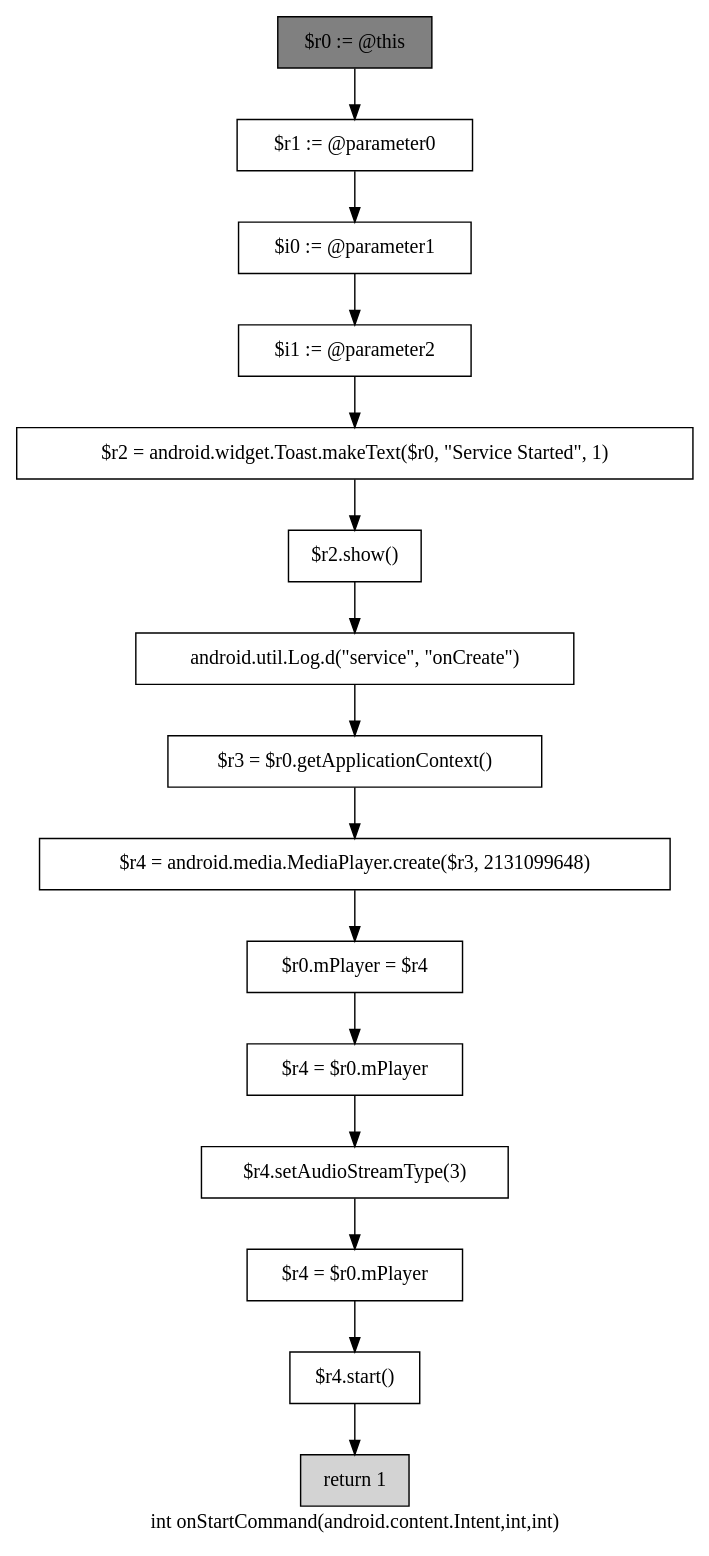
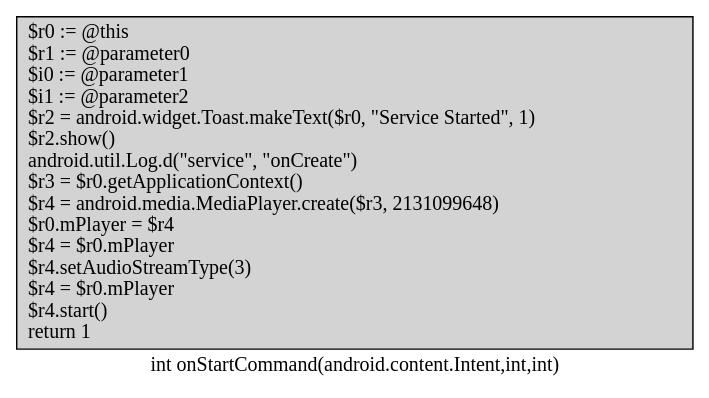
One commit to gsrishaila/summer changed the diagram in soot-infoflow-android-develop/onStartCommand.dot. Above: the diagram before and after it, drawn with Graphviz. The commit also changed 14 other files, not shown here.

```diff
--- a/soot-infoflow-android-develop/onStartCommand.dot
+++ b/soot-infoflow-android-develop/onStartCommand.dot
@@ -1,33 +1,5 @@
 digraph "int onStartCommand(android.content.Intent,int,int)" {
     label="int onStartCommand(android.content.Intent,int,int)";
     node [shape=box];
-    "0" [style=filled,fillcolor=gray,label="$r0 := @this",];
-    "1" [label="$r1 := @parameter0",];
-    "0"->"1";
-    "2" [label="$i0 := @parameter1",];
-    "1"->"2";
-    "3" [label="$i1 := @parameter2",];
-    "2"->"3";
-    "4" [label="$r2 = android.widget.Toast.makeText($r0, \"Service Started\", 1)",];
-    "3"->"4";
-    "5" [label="$r2.show()",];
-    "4"->"5";
-    "6" [label="android.util.Log.d(\"service\", \"onCreate\")",];
-    "5"->"6";
-    "7" [label="$r3 = $r0.getApplicationContext()",];
-    "6"->"7";
-    "8" [label="$r4 = android.media.MediaPlayer.create($r3, 2131099648)",];
-    "7"->"8";
-    "9" [label="$r0.mPlayer = $r4",];
-    "8"->"9";
-    "10" [label="$r4 = $r0.mPlayer",];
-    "9"->"10";
-    "11" [label="$r4.setAudioStreamType(3)",];
-    "10"->"11";
-    "12" [label="$r4 = $r0.mPlayer",];
-    "11"->"12";
-    "13" [label="$r4.start()",];
-    "12"->"13";
-    "14" [style=filled,fillcolor=lightgray,label="return 1",];
-    "13"->"14";
+    "0" [style=filled,fillcolor=gray,style=filled,fillcolor=lightgray,label="$r0 := @this\l$r1 := @parameter0\l$i0 := @parameter1\l$i1 := @parameter2\l$r2 = android.widget.Toast.makeText($r0, \"Service Started\", 1)\l$r2.show()\landroid.util.Log.d(\"service\", \"onCreate\")\l$r3 = $r0.getApplicationContext()\l$r4 = android.media.MediaPlayer.create($r3, 2131099648)\l$r0.mPlayer = $r4\l$r4 = $r0.mPlayer\l$r4.setAudioStreamType(3)\l$r4 = $r0.mPlayer\l$r4.start()\lreturn 1\l",];
 }
```
